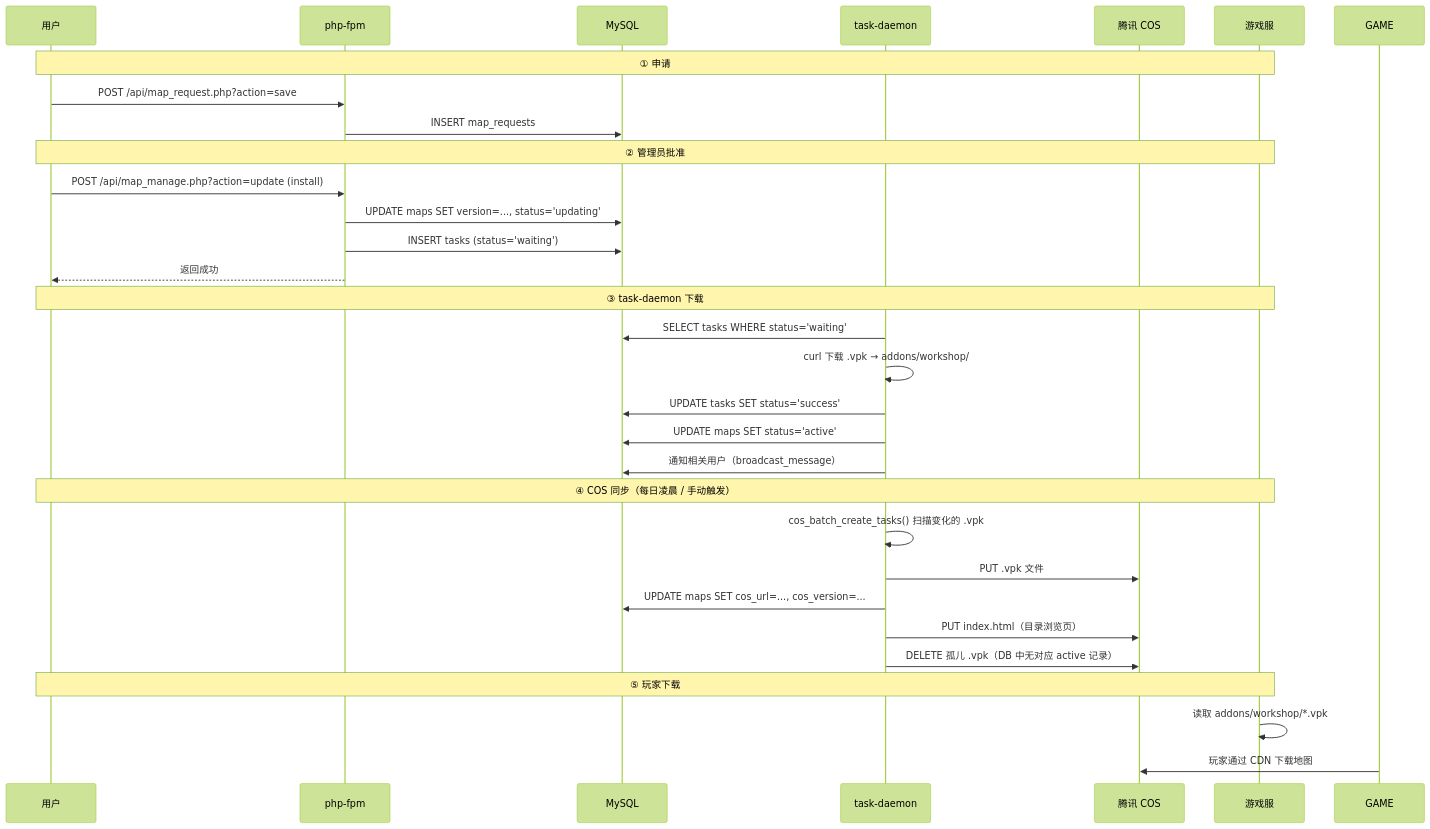
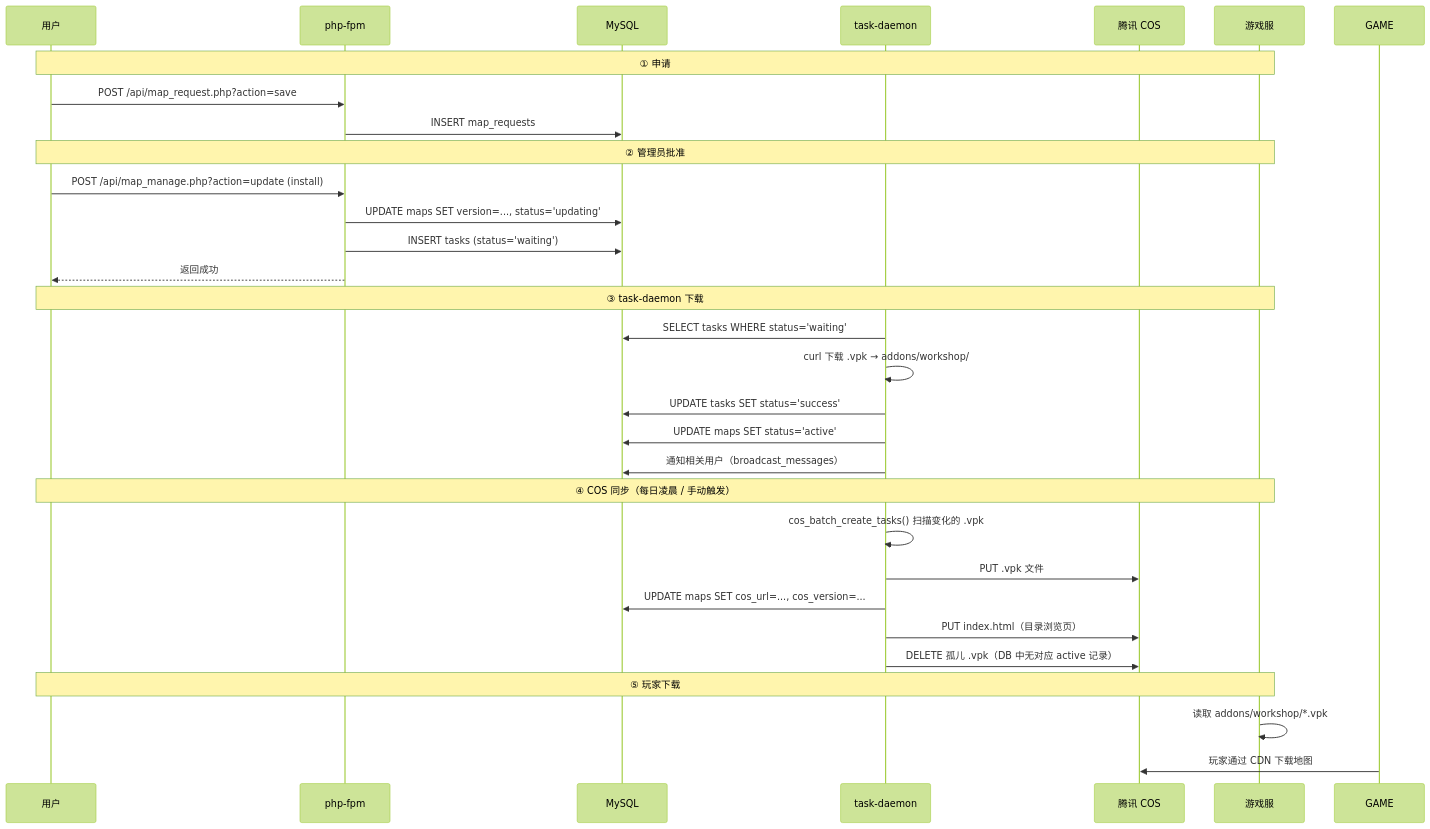
The second of 2 diagrams in web/docs/README.md (TunArund/L4D2-ServerPack), drawn with Mermaid (forest theme) before and after one commit. The commit also changed other lines of this file and 39 other files, not shown here.

````diff
--- a/web/docs/README.md
+++ b/web/docs/README.md
@@ -343,37 +364,37 @@
 ```mermaid
 sequenceDiagram
     participant U as 用户
     participant PHP as php-fpm
     participant DB as MySQL
     participant TD as task-daemon
     participant COS as 腾讯 COS
     participant L4D2 as 游戏服
 
     Note over U,L4D2: ① 申请
     U->>PHP: POST /api/map_request.php?action=save
     PHP->>DB: INSERT map_requests
 
     Note over U,L4D2: ② 管理员批准
     U->>PHP: POST /api/map_manage.php?action=update (install)
     PHP->>DB: UPDATE maps SET version=..., status='updating'
     PHP->>DB: INSERT tasks (status='waiting')
     PHP-->>U: 返回成功
 
     Note over U,L4D2: ③ task-daemon 下载
     TD->>DB: SELECT tasks WHERE status='waiting'
     TD->>TD: curl 下载 .vpk → addons/workshop/
     TD->>DB: UPDATE tasks SET status='success'
     TD->>DB: UPDATE maps SET status='active'
-    TD->>DB: 通知相关用户（broadcast_message）
+    TD->>DB: 通知相关用户（broadcast_messages）
 
     Note over U,L4D2: ④ COS 同步（每日凌晨 / 手动触发）
     TD->>TD: cos_batch_create_tasks() 扫描变化的 .vpk
     TD->>COS: PUT .vpk 文件
     TD->>DB: UPDATE maps SET cos_url=..., cos_version=...
     TD->>COS: PUT index.html（目录浏览页）
     TD->>COS: DELETE 孤儿 .vpk（DB 中无对应 active 记录）
 
     Note over U,L4D2: ⑤ 玩家下载
     L4D2->>L4D2: 读取 addons/workshop/*.vpk
     GAME->>COS: 玩家通过 CDN 下载地图
 ```
````
